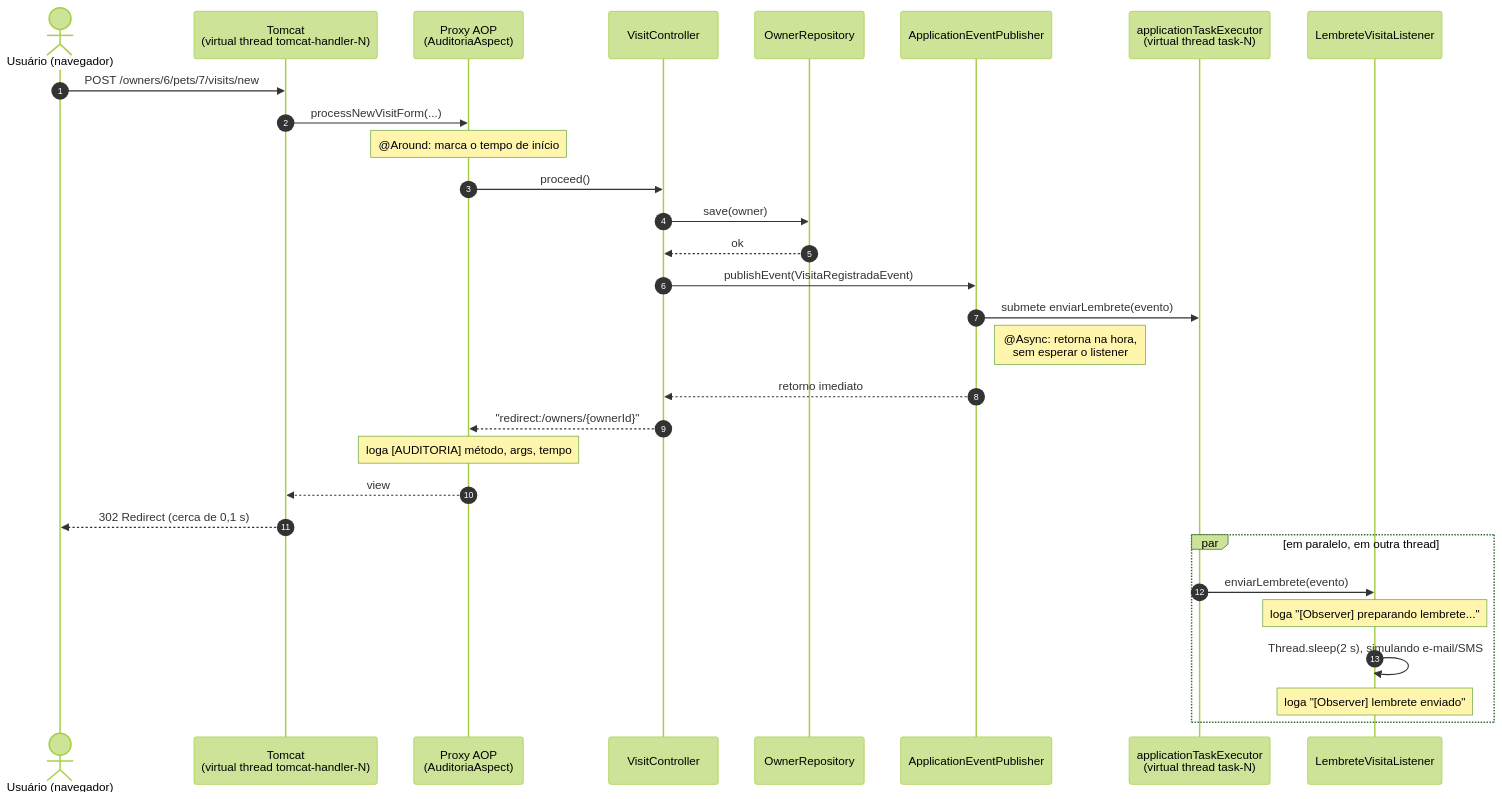
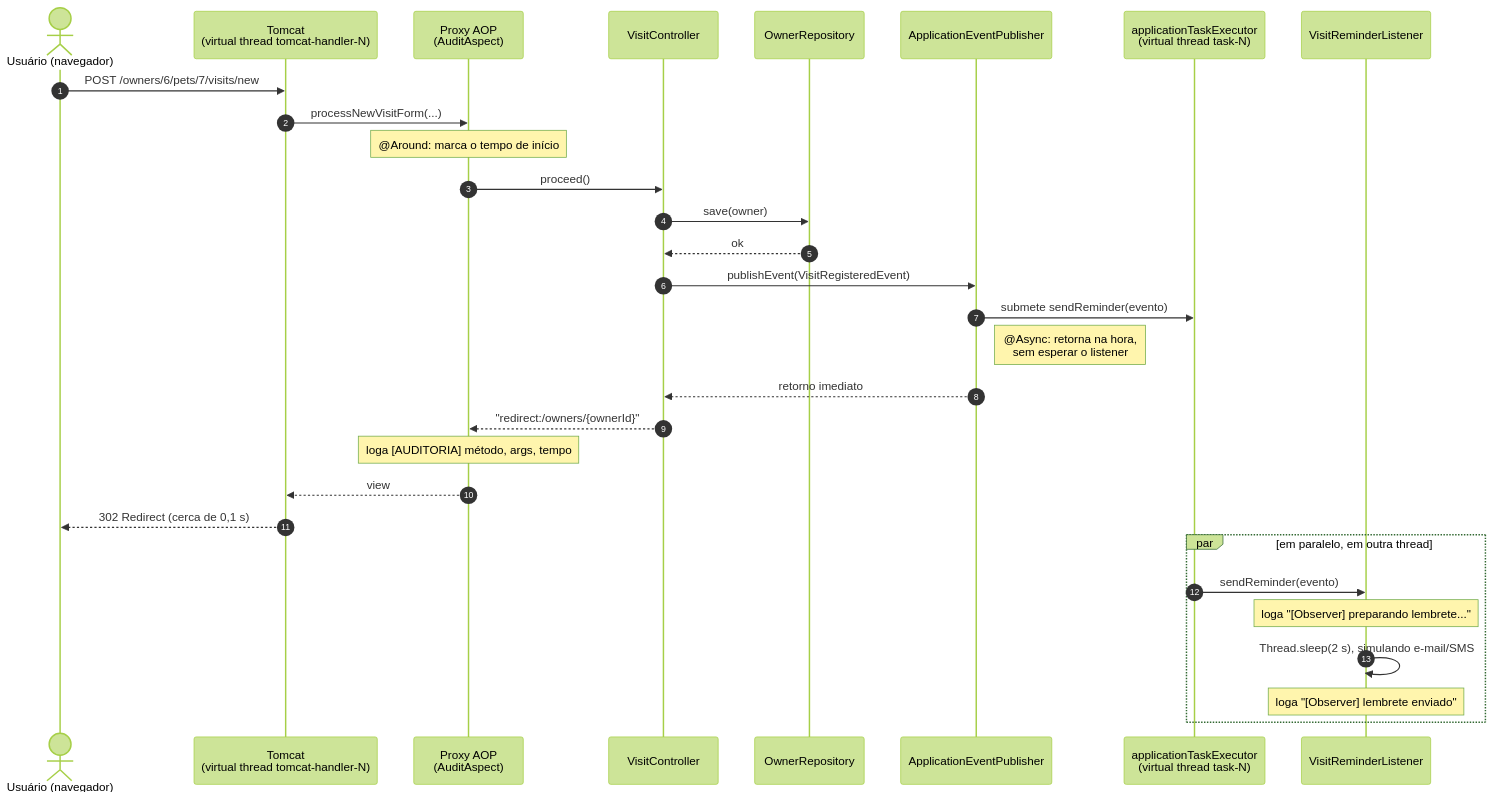
Before and after one commit to GabrielKayran/spring-petclinic: the sixth of 8 diagrams in ESTUDO-DE-CASO.md, drawn with Mermaid (forest theme). The commit also changed other lines of this file and 115 other files, not shown here.

````diff
--- a/ESTUDO-DE-CASO.md
+++ b/ESTUDO-DE-CASO.md
@@ -291,33 +291,33 @@
 ```mermaid
 sequenceDiagram
     autonumber
     actor Usuario as Usuário (navegador)
     participant Tomcat as Tomcat<br/>(virtual thread tomcat-handler-N)
-    participant Proxy as Proxy AOP<br/>(AuditoriaAspect)
+    participant Proxy as Proxy AOP<br/>(AuditAspect)
     participant VC as VisitController
     participant Repo as OwnerRepository
     participant Pub as ApplicationEventPublisher
     participant Exec as applicationTaskExecutor<br/>(virtual thread task-N)
-    participant L as LembreteVisitaListener
+    participant L as VisitReminderListener
 
     Usuario->>Tomcat: POST /owners/6/pets/7/visits/new
     Tomcat->>Proxy: processNewVisitForm(...)
     Note over Proxy: @Around: marca o tempo de início
     Proxy->>VC: proceed()
     VC->>Repo: save(owner)
     Repo-->>VC: ok
-    VC->>Pub: publishEvent(VisitaRegistradaEvent)
-    Pub->>Exec: submete enviarLembrete(evento)
+    VC->>Pub: publishEvent(VisitRegisteredEvent)
+    Pub->>Exec: submete sendReminder(evento)
     Note right of Pub: @Async: retorna na hora,<br/>sem esperar o listener
     Pub-->>VC: retorno imediato
     VC-->>Proxy: "redirect:/owners/{ownerId}"
     Note over Proxy: loga [AUDITORIA] método, args, tempo
     Proxy-->>Tomcat: view
     Tomcat-->>Usuario: 302 Redirect (cerca de 0,1 s)
     par em paralelo, em outra thread
-        Exec->>L: enviarLembrete(evento)
+        Exec->>L: sendReminder(evento)
         Note over L: loga "[Observer] preparando lembrete..."
         L->>L: Thread.sleep(2 s), simulando e-mail/SMS
         Note over L: loga "[Observer] lembrete enviado"
     end
 ```
````
